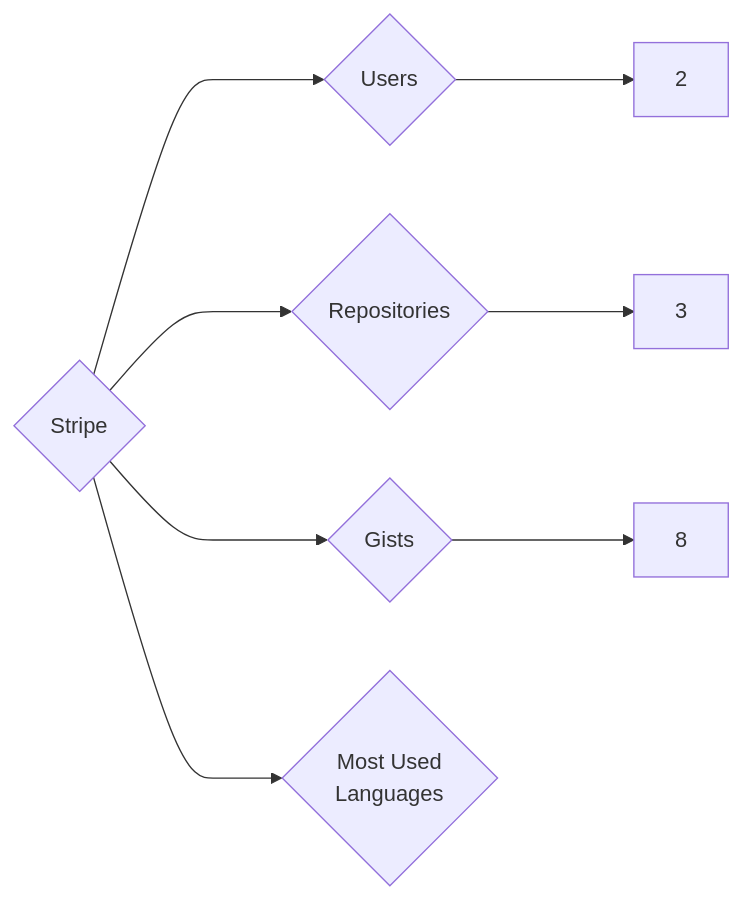
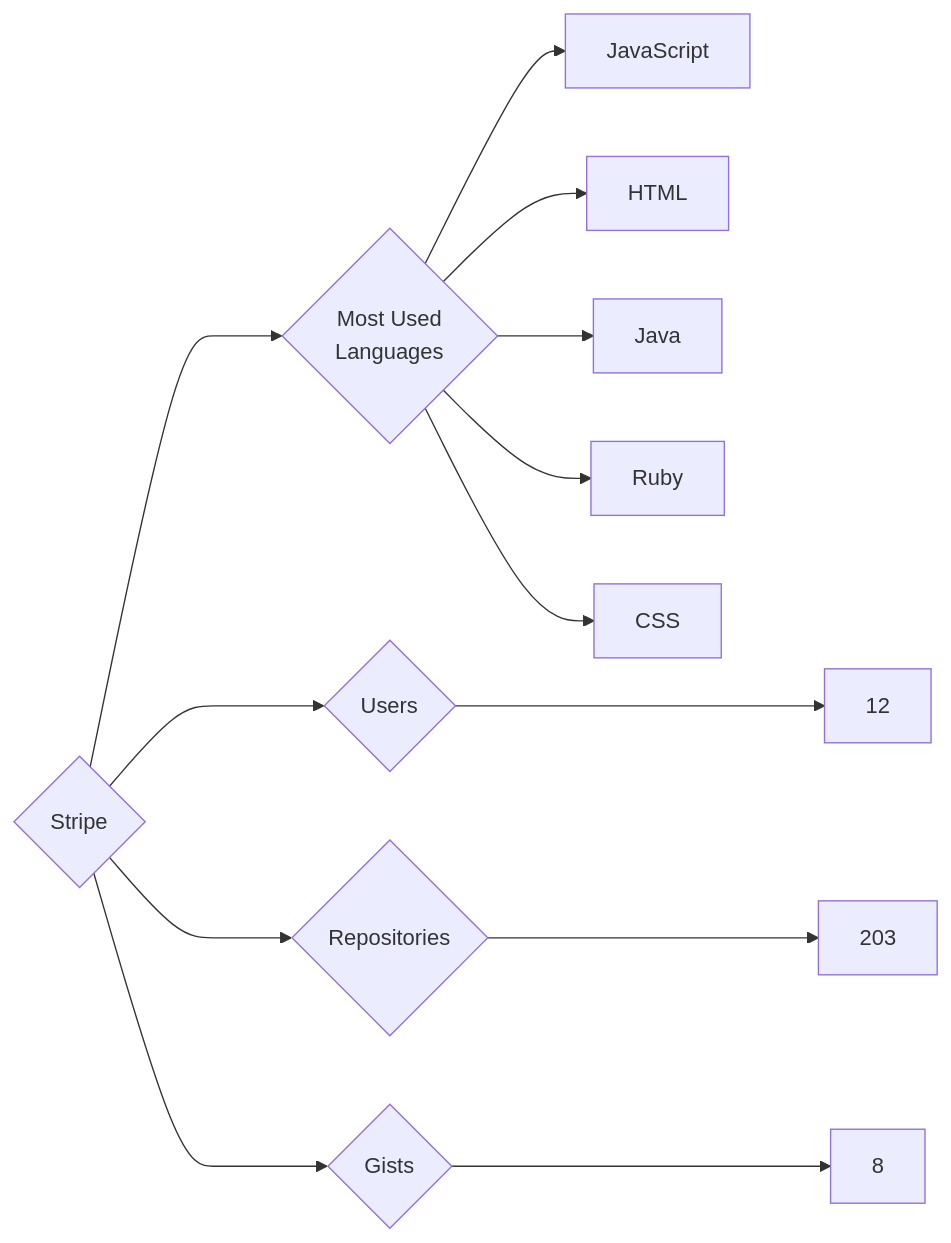
The diagram in targets/Stripe/README.md (trickest/insiders), drawn with Mermaid before and after one commit. The commit also changed 1696 other files, not shown here.

````diff
--- a/targets/Stripe/README.md
+++ b/targets/Stripe/README.md
@@ -3,8 +3,13 @@
 ```mermaid
 graph LR
 COMPANY_NAME{Stripe}
-COMPANY_NAME ---> U{Users} ---> UN[2]
-COMPANY_NAME ---> R{Repositories} ---> RN[3]
+COMPANY_NAME ---> U{Users} ---> UN[12]
+COMPANY_NAME ---> R{Repositories} ---> RN[203]
 COMPANY_NAME ---> G{Gists} ---> GN[8]
 COMPANY_NAME ---> ML{Most Used<br>Languages}
+ML --> JavaScript[JavaScript]
+ML --> HTML[HTML]
+ML --> Java[Java]
+ML --> Ruby[Ruby]
+ML --> CSS[CSS]
 ```
````
